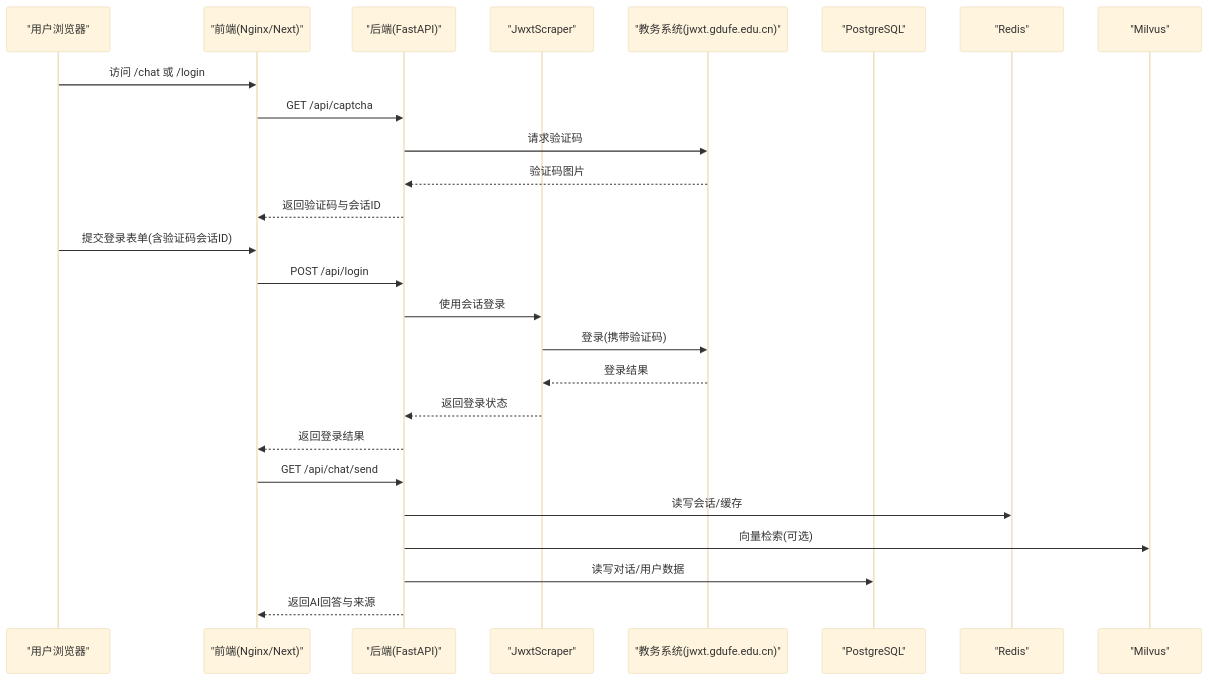
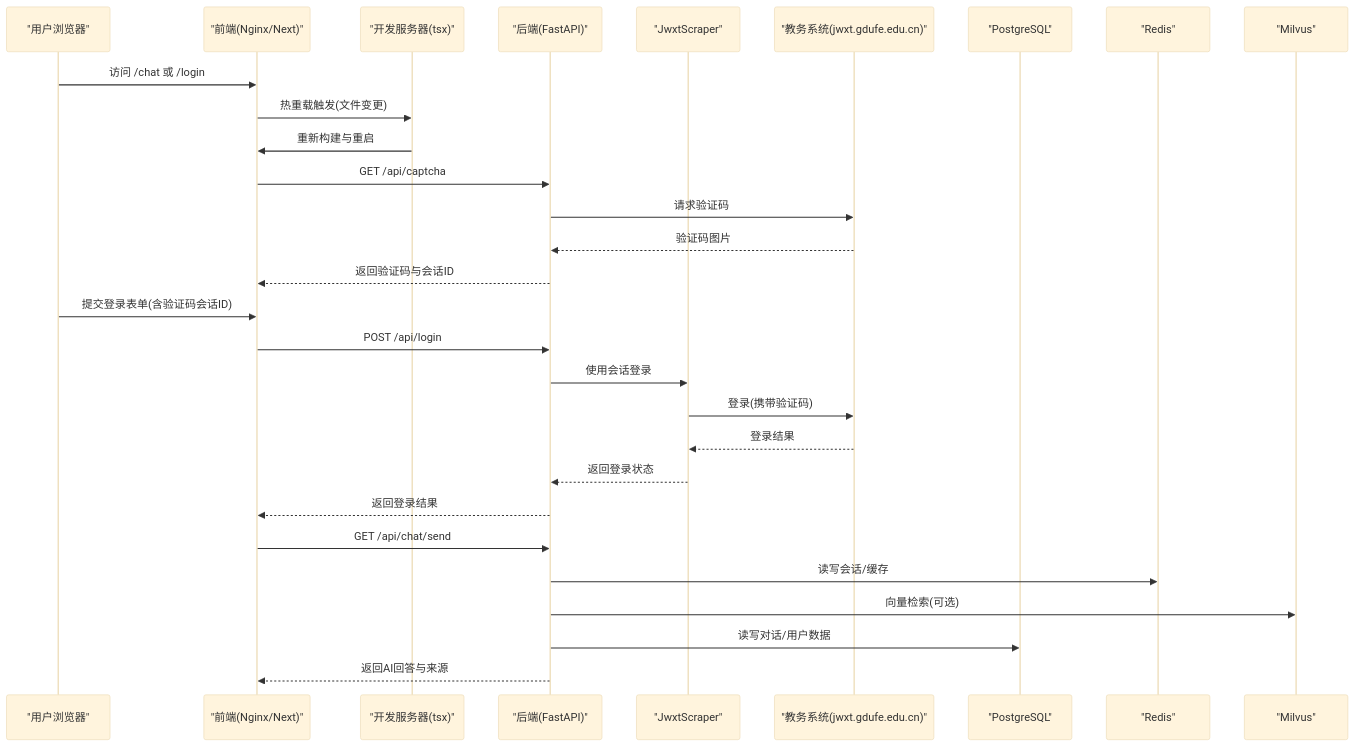
The second of 7 diagrams in .qoder/repowiki/zh/content/故障排除.md (ghbbn053-ship-itsoulddog/soulddog), drawn with Mermaid (base theme) before and after one commit. The commit also changed other lines of this file and 119 other files, not shown here.

````diff
--- a/.qoder/repowiki/zh/content/故障排除.md
+++ b/.qoder/repowiki/zh/content/故障排除.md
@@ -103,28 +116,31 @@
 ```mermaid
 sequenceDiagram
 participant U as "用户浏览器"
 participant FE as "前端(Nginx/Next)"
+participant DEV as "开发服务器(tsx)"
 participant API as "后端(FastAPI)"
 participant SCR as "JwxtScraper"
 participant JWXT as "教务系统(jwxt.gdufe.edu.cn)"
 participant DB as "PostgreSQL"
 participant REDIS as "Redis"
 participant MILV as "Milvus"
 U->>FE : 访问 /chat 或 /login
+FE->>DEV : 热重载触发(文件变更)
+DEV->>FE : 重新构建与重启
 FE->>API : GET /api/captcha
 API->>JWXT : 请求验证码
 JWXT-->>API : 验证码图片
 API-->>FE : 返回验证码与会话ID
 U->>FE : 提交登录表单(含验证码会话ID)
 FE->>API : POST /api/login
 API->>SCR : 使用会话登录
 SCR->>JWXT : 登录(携带验证码)
 JWXT-->>SCR : 登录结果
 SCR-->>API : 返回登录状态
 API-->>FE : 返回登录结果
 FE->>API : GET /api/chat/send
 API->>REDIS : 读写会话/缓存
 API->>MILV : 向量检索(可选)
 API->>DB : 读写对话/用户数据
 API-->>FE : 返回AI回答与来源
 ```
````
